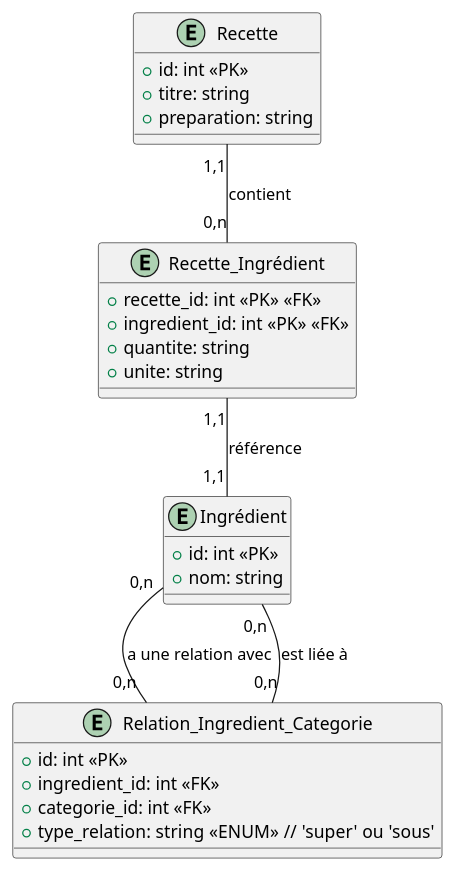
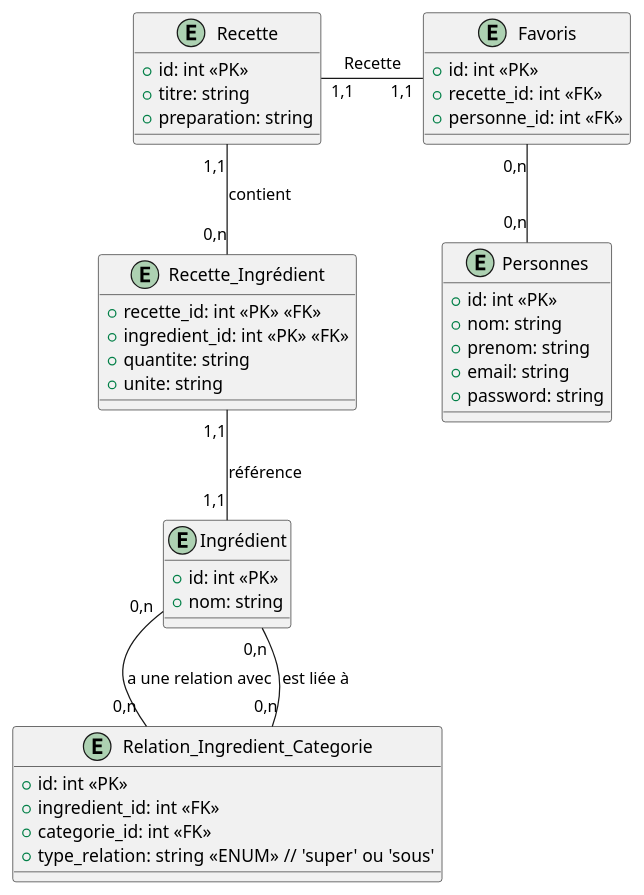
Before and after one commit to SmallishMink34/Elixir-Delices: the diagram in config/database.puml, drawn with PlantUML. The commit also changed 13 other files, not shown here.

```diff
--- a/config/database.puml
+++ b/config/database.puml
@@ -1,35 +1,49 @@
 @startuml
 
 entity "Recette" {
   + id: int <<PK>>
   + titre: string
   + preparation: string
 }
 
 entity "Recette_Ingrédient" {
   + recette_id: int <<PK>> <<FK>>
   + ingredient_id: int <<PK>> <<FK>>
   + quantite: string
   + unite: string
 }
 
 entity "Ingrédient" {
   + id: int <<PK>>
   + nom: string
 }
 
-
-
 entity "Relation_Ingredient_Categorie" {
   + id: int <<PK>>
   + ingredient_id: int <<FK>>
   + categorie_id: int <<FK>>
   + type_relation: string <<ENUM>>  // 'super' ou 'sous'
 }
 
+entity "Personnes" {
+  + id: int <<PK>>
+  + nom: string
+  + prenom: string
+  + email: string
+  + password: string
+}
+ 
+entity "Favoris" {
+  + id: int <<PK>>
+  + recette_id: int <<FK>>
+  + personne_id: int <<FK>>
+}
+
+Personnes "0,n" -up- "0,n" Favoris
+Favoris "1,1" -left- "1,1" Recette : Recette
 Recette "1,1" -- "0,n" Recette_Ingrédient : contient
 Recette_Ingrédient "1,1" -- "1,1" Ingrédient : référence
 Ingrédient "0,n" -- "0,n" Relation_Ingredient_Categorie : a une relation avec
 Ingrédient "0,n" -- "0,n" Relation_Ingredient_Categorie : est liée à
 
 @enduml
```
